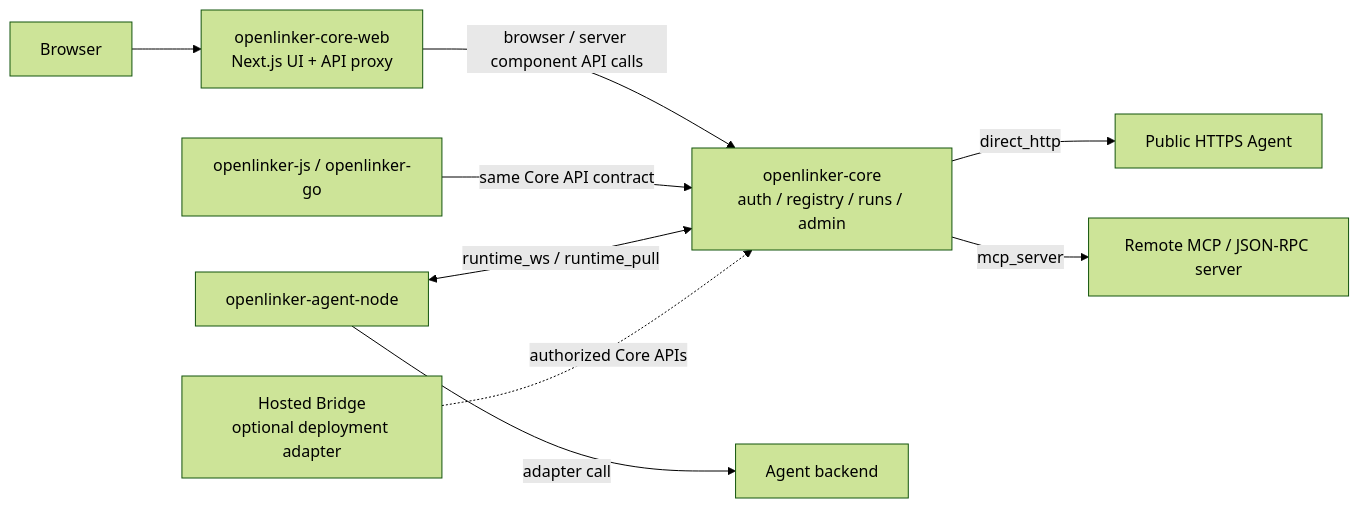
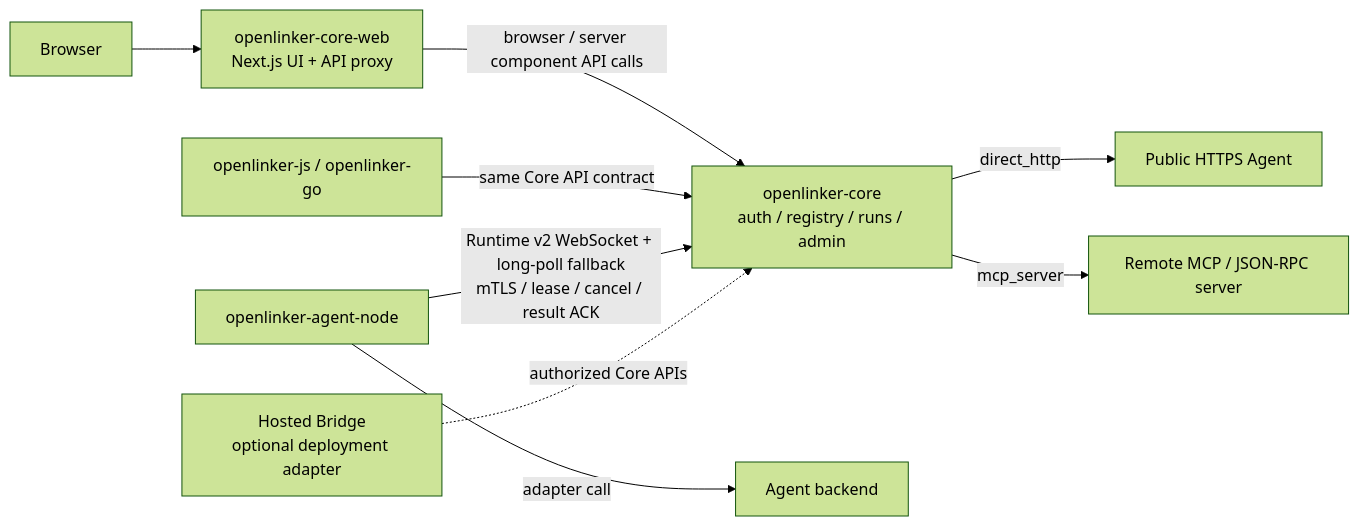
One commit to OpenLinker-ai/openlinker-core-web changed the diagram in README.md. Above: the diagram before and after it, drawn with Mermaid (forest theme). The commit also changed 30 other files, not shown here.

````diff
--- a/README.md
+++ b/README.md
@@ -65,14 +65,14 @@
 ```mermaid
 flowchart LR
   Browser["Browser"] --> CoreWeb["openlinker-core-web<br/>Next.js UI + API proxy"]
   CoreWeb -->|"browser / server component API calls"| Core["openlinker-core<br/>auth / registry / runs / admin"]
 
   SDKs["openlinker-js / openlinker-go"] -->|"same Core API contract"| Core
-  AgentNode["openlinker-agent-node"] <-->|"runtime_ws / runtime_pull"| Core
+  AgentNode["openlinker-agent-node"] -->|"Runtime v2 WebSocket + long-poll fallback<br/>mTLS / lease / cancel / result ACK"| Core
 
   Core -->|"direct_http"| HTTPAgent["Public HTTPS Agent"]
   Core -->|"mcp_server"| MCPAgent["Remote MCP / JSON-RPC server"]
   AgentNode -->|"adapter call"| Backend["Agent backend"]
 
   HostedBridge["Hosted Bridge<br/>optional deployment adapter"] -.->|"authorized Core APIs"| Core
 ```
````
